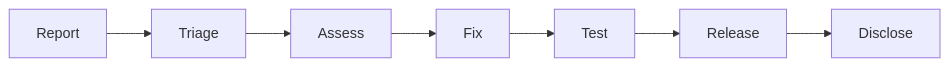
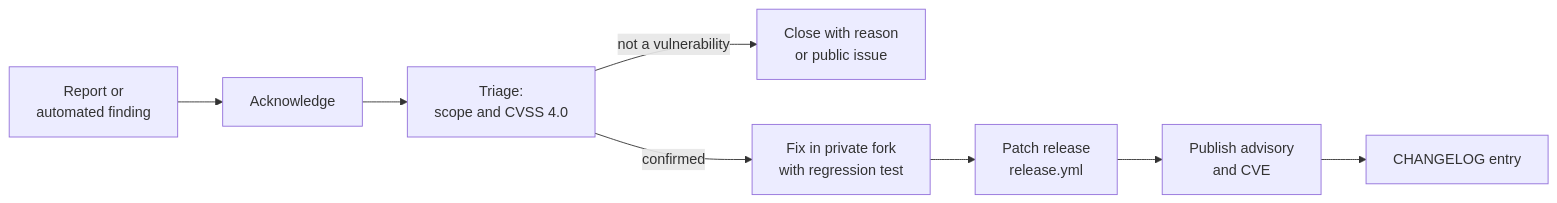
One commit to unbihexium-oss/unbihexium changed the diagram in docs/security/vulnerability_management.md. Above: the diagram before and after it, drawn with Mermaid. The commit also changed other lines of this file and 6 other files, not shown here.

````diff
--- a/docs/security/vulnerability_management.md
+++ b/docs/security/vulnerability_management.md
@@ -9,9 +61,10 @@
 ```mermaid
 flowchart LR
-    A[Report] --> B[Triage]
-    B --> C[Assess]
-    C --> D[Fix]
-    D --> E[Test]
-    E --> F[Release]
-    F --> G[Disclose]
+    A[Report or<br/>automated finding] --> B[Acknowledge]
+    B --> C[Triage:<br/>scope and CVSS 4.0]
+    C -->|not a vulnerability| D[Close with reason<br/>or public issue]
+    C -->|confirmed| E[Fix in private fork<br/>with regression test]
+    E --> F[Patch release<br/>release.yml]
+    F --> G[Publish advisory<br/>and CVE]
+    G --> H[CHANGELOG entry]
 ```
````
